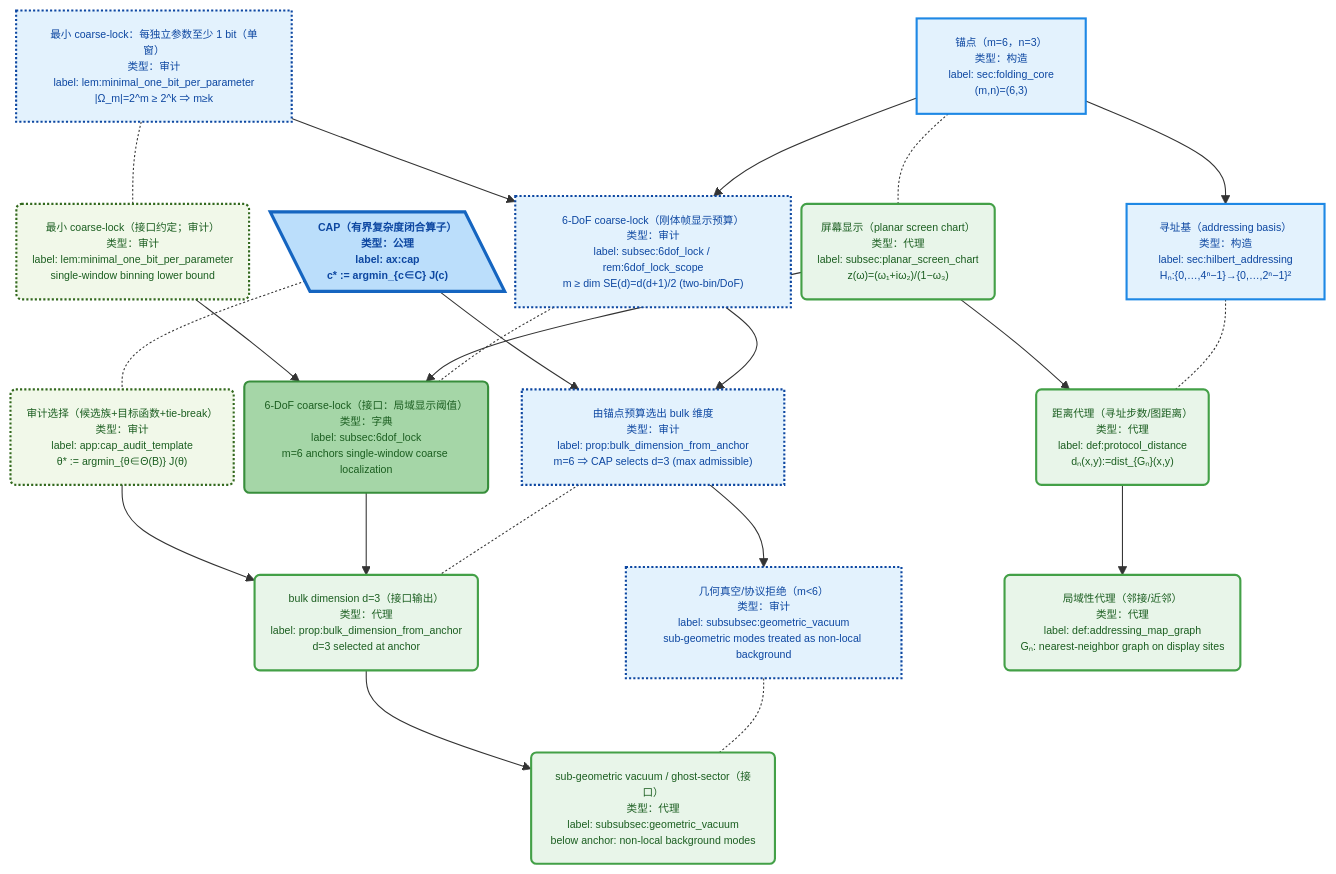
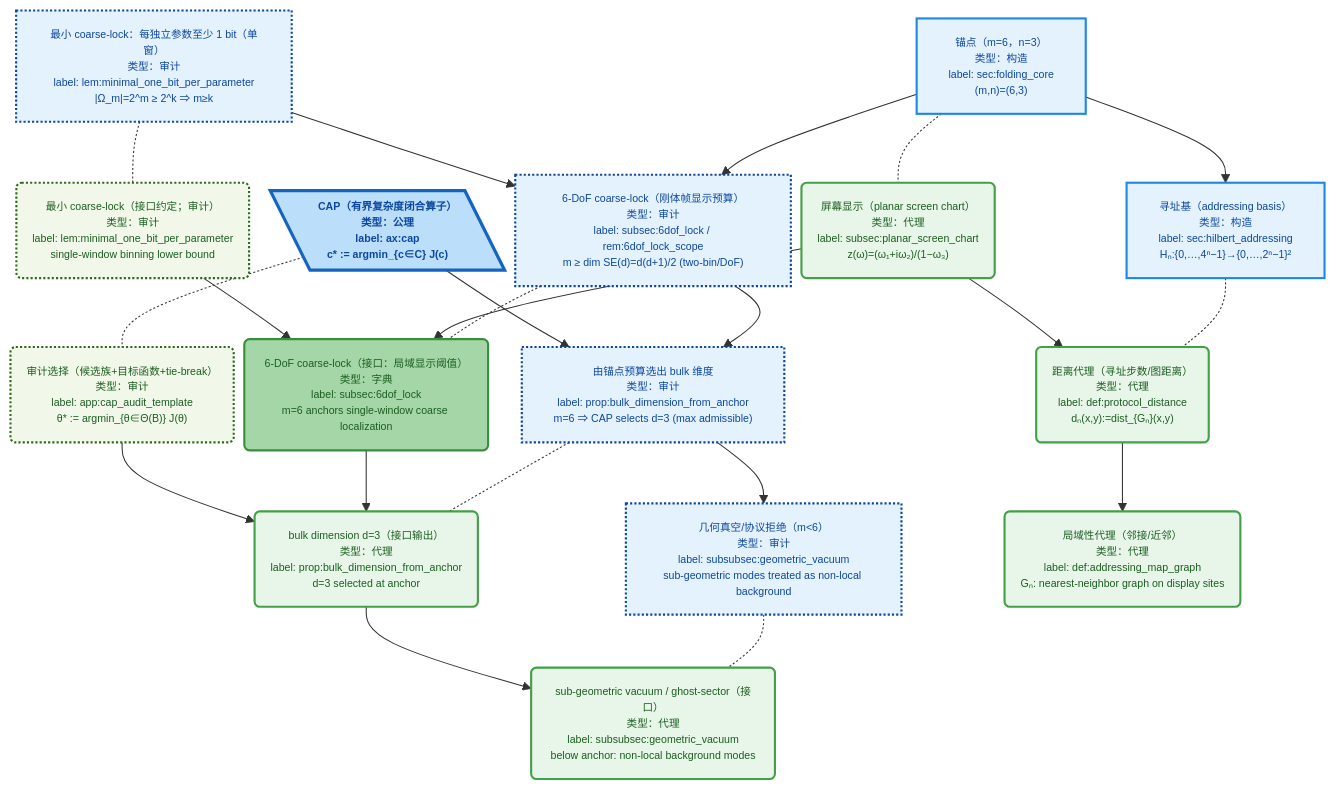
Before and after one commit to loning/the-omega: the third of 11 diagrams in docs/papers/2025_z128_standard_model_stable_sector_hpa_omega/architecture_dag.md, drawn with Mermaid. The commit also changed other lines of this file, not shown here.

First line of the commit message:
Enhance architecture DAG with new protocol definitions and quantum measurement nodes

````diff
--- a/docs/papers/2025_z128_standard_model_stable_sector_hpa_omega/architecture_dag.md
+++ b/docs/papers/2025_z128_standard_model_stable_sector_hpa_omega/architecture_dag.md
@@ -220,71 +220,71 @@
 ```mermaid
-%%{init: {"maxTextSize": 100000, "flowchart": {"useMaxWidth": false, "nodeSpacing": 10, "rankSpacing": 70}, "themeVariables": {"fontSize": "10px"}}}%%
+%%{init: {"maxTextSize": 100000, "flowchart": {"useMaxWidth": false, "nodeSpacing": 10, "rankSpacing": 50}, "themeVariables": {"fontSize": "10px"}}}%%
 flowchart TB
 
   M_cap@{ shape: lean-l, label: "CAP（有界复杂度闭合算子）<br/>类型：公理<br/>label: ax:cap<br/>c* := argmin_{c∈C} J(c)" }
   P_select("审计选择（候选族+目标函数+tie-break）<br/>类型：审计<br/>label: app:cap_audit_template<br/>θ* := argmin_{θ∈Θ(B)} J(θ)")
   M_cap -.- P_select
 
   M_anchor["锚点（m=6，n=3）<br/>类型：构造<br/>label: sec:folding_core<br/>(m,n)=(6,3)"]
   P_screen("屏幕显示（planar screen chart）<br/>类型：代理<br/>label: subsec:planar_screen_chart<br/>z(ω)=(ω₁+iω₂)/(1−ω₃)")
   M_anchor -.- P_screen
 
   M_min_coarse_lock["最小 coarse-lock：每独立参数至少 1 bit（单窗）<br/>类型：审计<br/>label: lem:minimal_one_bit_per_parameter<br/>|Ω_m|=2^m ≥ 2^k ⇒ m≥k"]
   P_min_coarse_lock("最小 coarse-lock（接口约定；审计）<br/>类型：审计<br/>label: lem:minimal_one_bit_per_parameter<br/>single-window binning lower bound")
   M_min_coarse_lock -.- P_min_coarse_lock
 
   M_6dof_lock["6-DoF coarse-lock（刚体帧显示预算）<br/>类型：审计<br/>label: subsec:6dof_lock / rem:6dof_lock_scope<br/>m ≥ dim SE(d)=d(d+1)/2 (two-bin/DoF)"]
   P_6dof_lock("6-DoF coarse-lock（接口：局域显示阈值）<br/>类型：字典<br/>label: subsec:6dof_lock<br/>m=6 anchors single-window coarse localization")
   M_6dof_lock -.- P_6dof_lock
 
   M_bulk_dim["由锚点预算选出 bulk 维度<br/>类型：审计<br/>label: prop:bulk_dimension_from_anchor<br/>m=6 ⇒ CAP selects d=3 (max admissible)"]
   P_bulk_dim("bulk dimension d=3（接口输出）<br/>类型：代理<br/>label: prop:bulk_dimension_from_anchor<br/>d=3 selected at anchor")
   M_bulk_dim -.- P_bulk_dim
 
   M_geometric_vacuum["几何真空/协议拒绝（m<6）<br/>类型：审计<br/>label: subsubsec:geometric_vacuum<br/>sub-geometric modes treated as non-local background"]
   P_geometric_vacuum("sub-geometric vacuum / ghost-sector（接口）<br/>类型：代理<br/>label: subsubsec:geometric_vacuum<br/>below anchor: non-local background modes")
   M_geometric_vacuum -.- P_geometric_vacuum
 
   M_addr["寻址基（addressing basis）<br/>类型：构造<br/>label: sec:hilbert_addressing<br/>Hₙ:{0,…,4ⁿ−1}→{0,…,2ⁿ−1}²"]
   P_addr("距离代理（寻址步数/图距离）<br/>类型：代理<br/>label: def:protocol_distance<br/>dₙ(x,y):=dist_{Gₙ}(x,y)")
   M_addr -.- P_addr
 
   P_local("局域性代理（邻接/近邻）<br/>类型：代理<br/>label: def:addressing_map_graph<br/>Gₙ: nearest-neighbor graph on display sites")
 
   M_anchor --> M_6dof_lock --> M_bulk_dim --> M_geometric_vacuum
   M_min_coarse_lock --> M_6dof_lock
   M_cap --> M_bulk_dim
 
   P_screen --> P_6dof_lock
   P_min_coarse_lock --> P_6dof_lock
   P_6dof_lock --> P_bulk_dim --> P_geometric_vacuum
   P_select --> P_bulk_dim
 
   M_anchor --> M_addr
   P_screen --> P_addr
 
   P_addr --> P_local
 
   classDef iface fill:#FCE4EC,stroke:#D81B60,color:#880E4F,stroke-width:2px;
   classDef open_problem fill:#FFEBEE,stroke:#C62828,color:#B71C1C,stroke-width:2px,font-weight:700;
   classDef not_closed fill:#FFF3E0,stroke:#EF6C00,color:#E65100,stroke-width:2px;
   classDef scope_gap fill:#EEEEEE,stroke:#616161,color:#212121,stroke-width:2px,stroke-dasharray: 2 2;
   classDef math_axiom fill:#BBDEFB,stroke:#1565C0,color:#0D47A1,stroke-width:3px,font-weight:700;
   classDef math_construct fill:#E3F2FD,stroke:#1E88E5,color:#0D47A1,stroke-width:2px;
   classDef math_closure fill:#90CAF9,stroke:#1976D2,color:#0D47A1,stroke-width:2px;
   classDef math_cont fill:#E1F5FE,stroke:#039BE5,color:#01579B,stroke-width:2px;
   classDef math_assumption fill:#E3F2FD,stroke:#1E88E5,color:#0D47A1,stroke-width:2px,stroke-dasharray: 6 3;
   classDef math_audit fill:#E3F2FD,stroke:#0D47A1,color:#0D47A1,stroke-width:2px,stroke-dasharray: 2 2;
   classDef phys_proxy fill:#E8F5E9,stroke:#43A047,color:#1B5E20,stroke-width:2px;
   classDef phys_obs fill:#C8E6C9,stroke:#2E7D32,color:#1B5E20,stroke-width:2px,font-weight:700;
   classDef phys_dict fill:#A5D6A7,stroke:#388E3C,color:#1B5E20,stroke-width:2px;
   classDef phys_model fill:#F1F8E9,stroke:#558B2F,color:#1B5E20,stroke-width:2px;
   classDef phys_audit fill:#F1F8E9,stroke:#33691E,color:#1B5E20,stroke-width:2px,stroke-dasharray: 2 2;
 
   class M_cap math_axiom;
   class M_anchor,M_addr math_construct;
   class M_min_coarse_lock,M_6dof_lock,M_bulk_dim,M_geometric_vacuum math_audit;
   class P_screen,P_addr,P_local,P_bulk_dim,P_geometric_vacuum phys_proxy;
   class P_6dof_lock phys_dict;
   class P_select,P_min_coarse_lock phys_audit;
 ```
````
